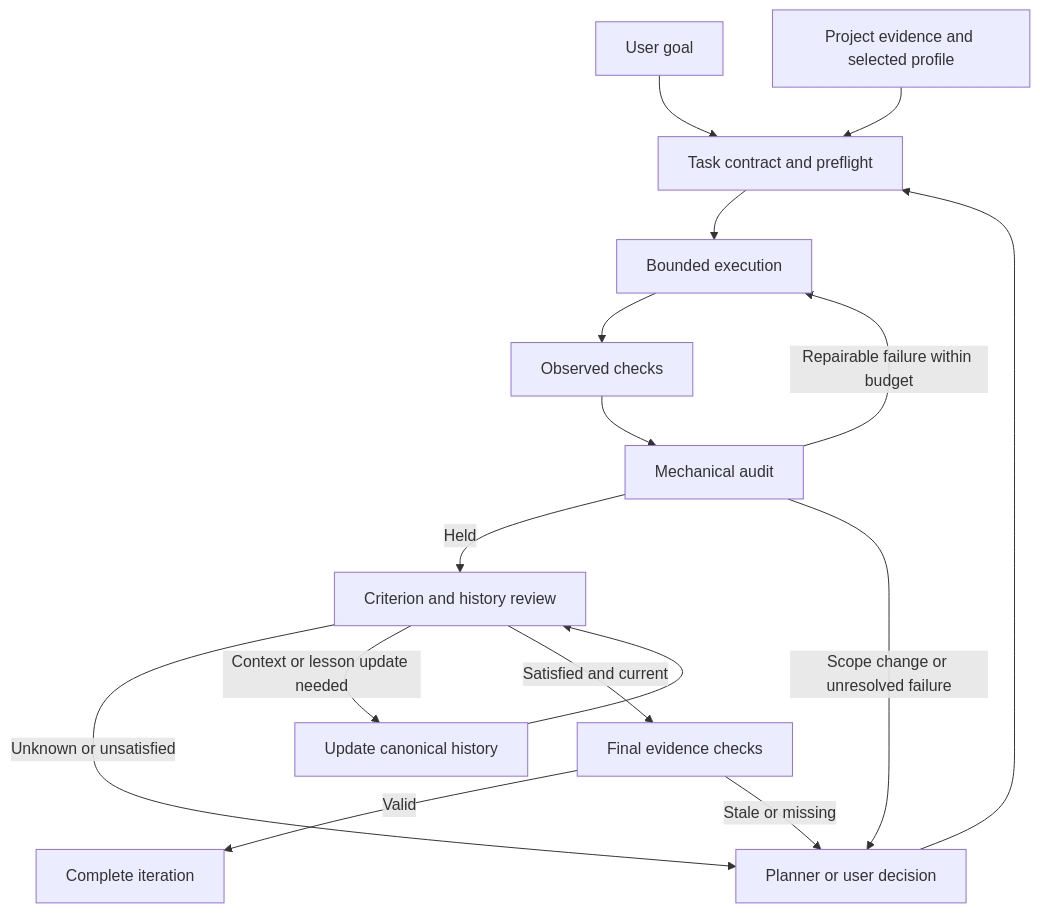
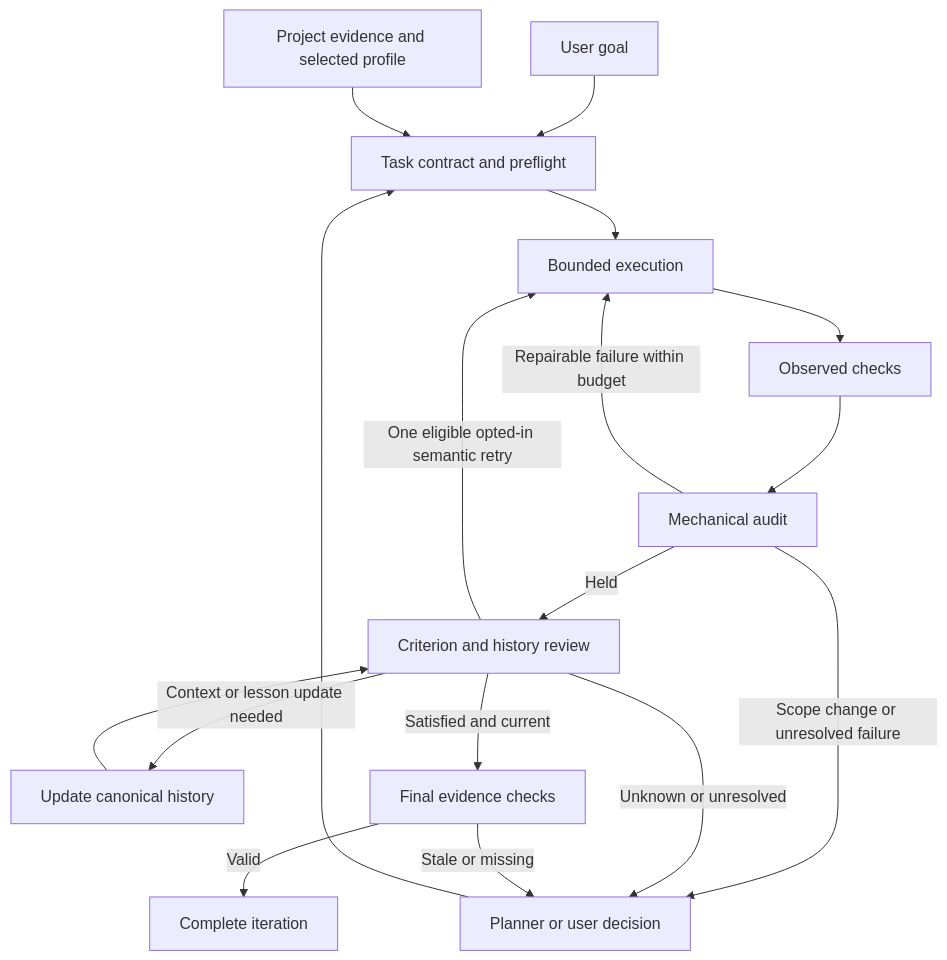
One commit to xcrft/mastermind changed the diagram in docs/architecture.md. Above: the diagram before and after it, drawn with Mermaid. The commit also changed other lines of this file and 60 other files, not shown here.

````diff
--- a/docs/architecture.md
+++ b/docs/architecture.md
@@ -26,18 +26,19 @@
 ```mermaid
 flowchart TD
     U[User goal] --> P[Task contract and preflight]
     C[Project evidence and selected profile] --> P
     P --> E[Bounded execution]
     E --> V[Observed checks]
     V --> A[Mechanical audit]
     A -->|Held| R[Criterion and history review]
     A -->|Repairable failure within budget| E
     A -->|Scope change or unresolved failure| F[Planner or user decision]
-    R -->|Unknown or unsatisfied| F
+    R -->|One eligible opted-in semantic retry| E
+    R -->|Unknown or unresolved| F
     R -->|Context or lesson update needed| H[Update canonical history]
     H --> R
     R -->|Satisfied and current| G[Final evidence checks]
     G -->|Valid| D[Complete iteration]
     G -->|Stale or missing| F
     F --> P
 ```
````
